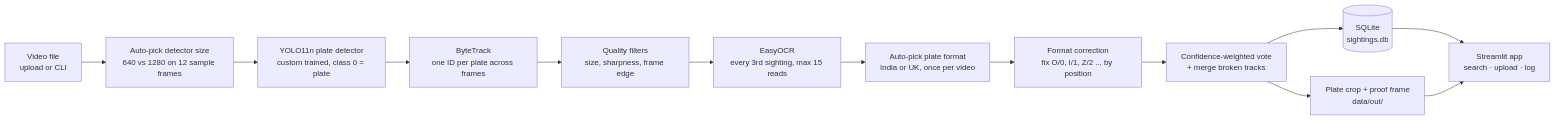
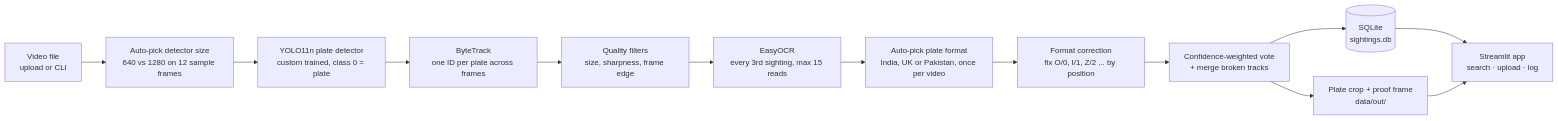
Before and after one commit to fahad15fede/anpr: the diagram in README.md, drawn with Mermaid. The commit also changed other lines of this file and 2 other files, not shown here.

Commit message:
Add Pakistan plate formats

````diff
--- a/README.md
+++ b/README.md
@@ -33,15 +33,15 @@
 ```mermaid
 flowchart LR
     A[Video file<br/>upload or CLI] --> B[Auto-pick detector size<br/>640 vs 1280 on 12 sample frames]
     B --> C[YOLO11n plate detector<br/>custom trained, class 0 = plate]
     C --> D[ByteTrack<br/>one ID per plate across frames]
     D --> E[Quality filters<br/>size, sharpness, frame edge]
     E --> F[EasyOCR<br/>every 3rd sighting, max 15 reads]
-    F --> G[Auto-pick plate format<br/>India or UK, once per video]
+    F --> G[Auto-pick plate format<br/>India, UK or Pakistan, once per video]
     G --> H[Format correction<br/>fix O/0, I/1, Z/2 ... by position]
     H --> I[Confidence-weighted vote<br/>+ merge broken tracks]
     I --> J[(SQLite<br/>sightings.db)]
     I --> K[Plate crop + proof frame<br/>data/out/]
     J --> L[Streamlit app<br/>search · upload · log]
     K --> L
 ```
````
